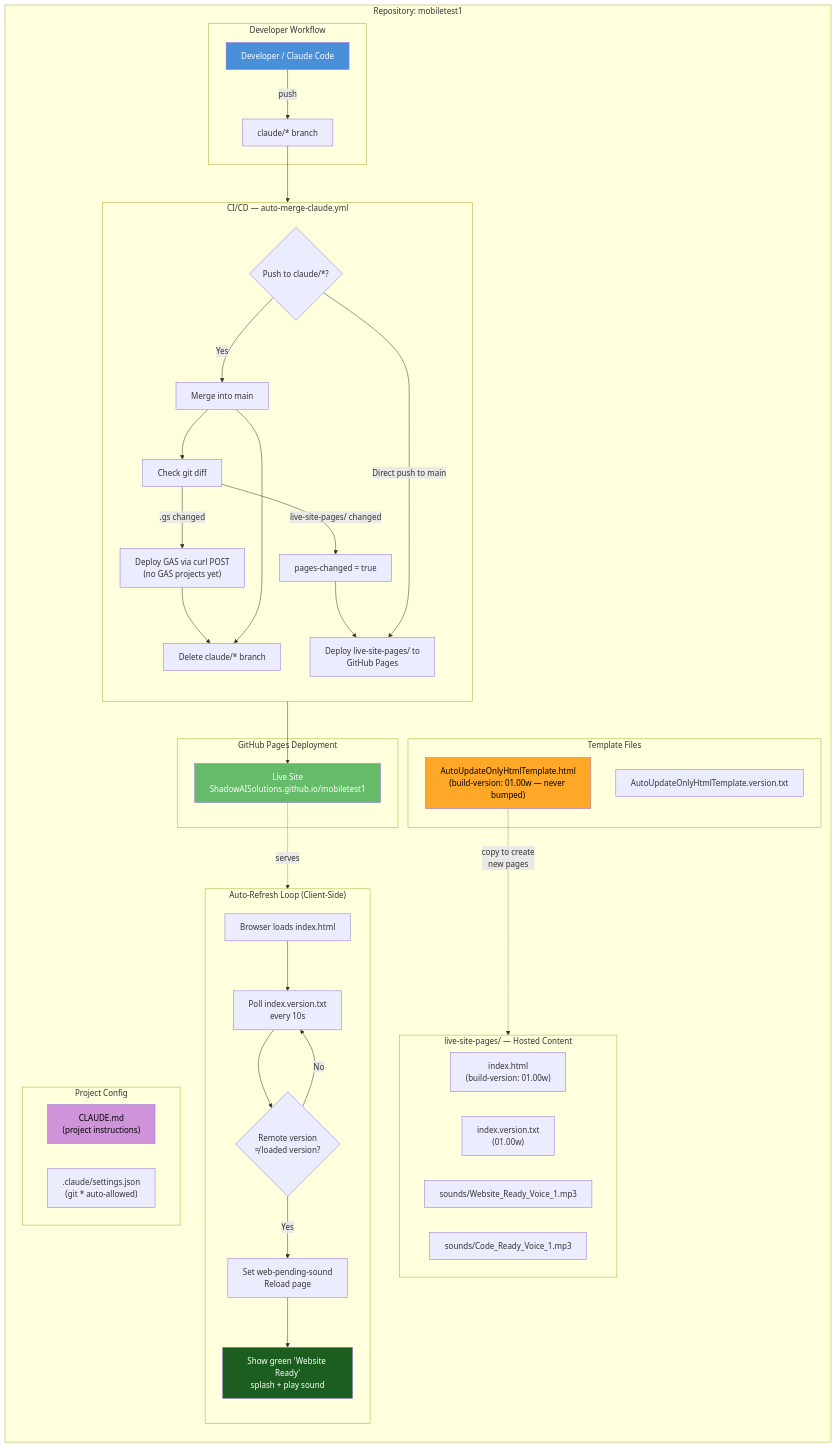
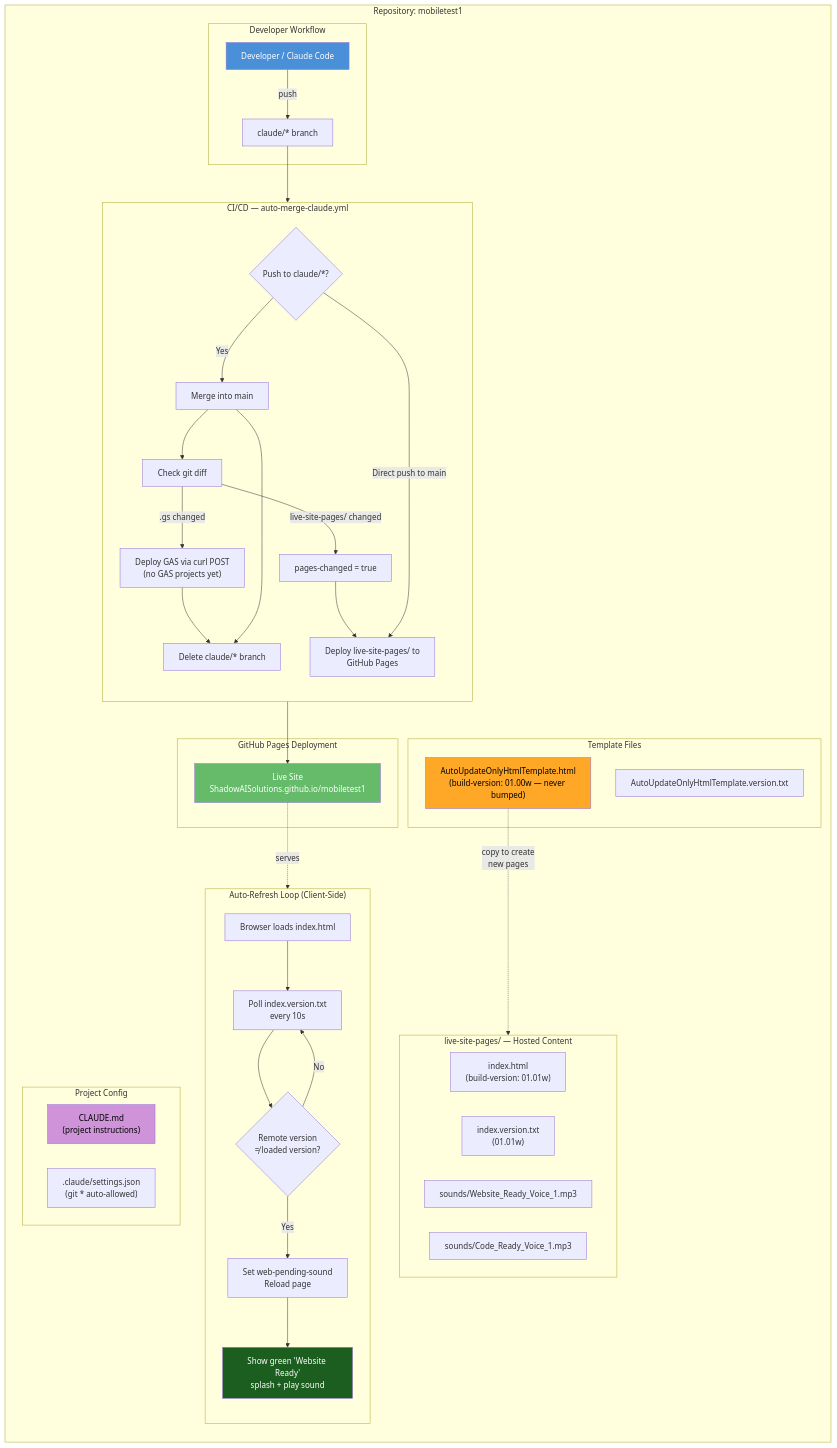
The diagram in repository-information/ARCHITECTURE.md (ShadowAISolutions/mobiletest1), drawn with Mermaid before and after one commit. The commit also changed 5 other files, not shown here.

````diff
--- a/repository-information/ARCHITECTURE.md
+++ b/repository-information/ARCHITECTURE.md
@@ -3,73 +3,73 @@
 ```mermaid
 graph TB
     subgraph "Repository: mobiletest1"
         direction TB
 
         subgraph "Developer Workflow"
             DEV["Developer / Claude Code"]
             CB["claude/* branch"]
             DEV -->|"push"| CB
         end
 
         subgraph "CI/CD — auto-merge-claude.yml"
             direction TB
             TRIGGER{"Push to claude/*?"}
             CB --> TRIGGER
             TRIGGER -->|Yes| MERGE["Merge into main"]
             MERGE --> DIFF["Check git diff"]
             DIFF -->|"live-site-pages/ changed"| PAGES_FLAG["pages-changed = true"]
             DIFF -->|".gs changed"| GAS_DEPLOY["Deploy GAS via curl POST\n(no GAS projects yet)"]
             GAS_DEPLOY --> DELETE_BR
             MERGE --> DELETE_BR["Delete claude/* branch"]
             PAGES_FLAG --> DEPLOY_PAGES
             TRIGGER -->|"Direct push to main"| DEPLOY_PAGES
         end
 
         subgraph "GitHub Pages Deployment"
             DEPLOY_PAGES["Deploy live-site-pages/ to\nGitHub Pages"]
             LIVE["Live Site\nShadowAISolutions.github.io/mobiletest1"]
             DEPLOY_PAGES --> LIVE
         end
 
         subgraph "live-site-pages/ — Hosted Content"
             direction LR
-            INDEX["index.html\n(build-version: 01.00w)"]
-            VERTXT["index.version.txt\n(01.00w)"]
+            INDEX["index.html\n(build-version: 01.01w)"]
+            VERTXT["index.version.txt\n(01.01w)"]
             SND1["sounds/Website_Ready_Voice_1.mp3"]
             SND2["sounds/Code_Ready_Voice_1.mp3"]
         end
 
         subgraph "Auto-Refresh Loop (Client-Side)"
             direction TB
             BROWSER["Browser loads index.html"]
             POLL["Poll index.version.txt\nevery 10s"]
             COMPARE{"Remote version\n≠ loaded version?"}
             RELOAD["Set web-pending-sound\nReload page"]
             SPLASH["Show green 'Website Ready'\nsplash + play sound"]
             BROWSER --> POLL
             POLL --> COMPARE
             COMPARE -->|Yes| RELOAD
             RELOAD --> SPLASH
             COMPARE -->|No| POLL
         end
 
         subgraph "Template Files"
             TPL["AutoUpdateOnlyHtmlTemplate.html\n(build-version: 01.00w — never bumped)"]
             TPL_VER["AutoUpdateOnlyHtmlTemplate.version.txt"]
         end
 
         subgraph "Project Config"
             CLAUDE_MD["CLAUDE.md\n(project instructions)"]
             SETTINGS[".claude/settings.json\n(git * auto-allowed)"]
         end
     end
 
     TPL -.->|"copy to create\nnew pages"| INDEX
     LIVE -.->|"serves"| BROWSER
 
     style DEV fill:#4a90d9,color:#fff
     style LIVE fill:#66bb6a,color:#fff
     style SPLASH fill:#1b5e20,color:#fff
     style TPL fill:#ffa726,color:#000
     style CLAUDE_MD fill:#ce93d8,color:#000
 ```
````
